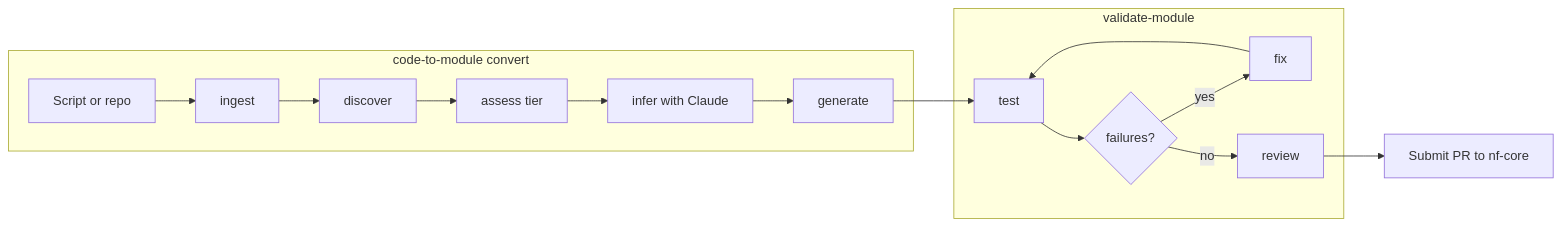
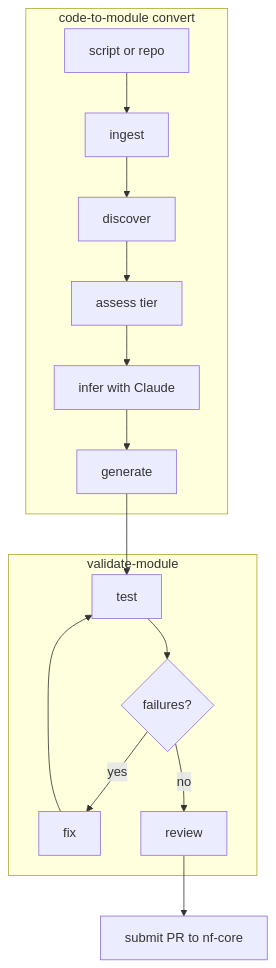
One commit to svigneau/code-to-module changed the diagram in docs/index.md. Above: the diagram before and after it, drawn with Mermaid. The commit also changed 1 other file, not shown here.

Commit message:
docs: fix capitalisation inconsistency in pipeline diagrams

````diff
--- a/docs/index.md
+++ b/docs/index.md
@@ -27,20 +27,20 @@
 ```mermaid
-flowchart LR
+flowchart TD
     subgraph pipeline ["code-to-module convert"]
-        A[Script or repo] --> B[ingest]
+        A[script or repo] --> B[ingest]
         B --> C[discover]
         C --> D[assess tier]
         D --> E[infer with Claude]
         E --> F[generate]
     end
 
     subgraph validate ["validate-module"]
         G[test] --> H{failures?}
         H -- yes --> I[fix]
         I --> G
         H -- no --> J[review]
     end
 
     F --> G
-    J --> K[Submit PR to nf-core]
+    J --> K[submit PR to nf-core]
 ```
````
